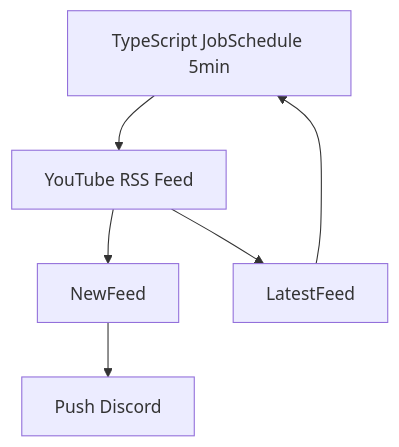
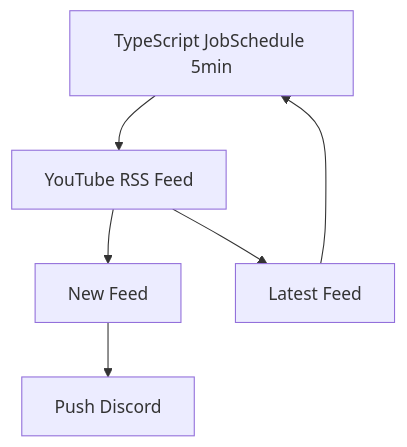
Before and after one commit to pb-Liz/CheckYoutubeFeed: the diagram in README.md, drawn with Mermaid. The commit also changed other lines of this file, not shown here.

````diff
--- a/README.md
+++ b/README.md
@@ -23,8 +23,8 @@
 ```mermaid
 graph TD
   YT[TypeScript JobSchedule 5min] --> Bot[YouTube RSS Feed]
   Bot --> NewFeed[NewFeed]
   Bot --> LatestFeed[LatestFeed]
-  NewFeed[NewFeed] --> Discord[Push Discord]
-  LatestFeed[LatestFeed] --> YT[TypeScript JobSchedule 5min]
+  NewFeed[New Feed] --> Discord[Push Discord]
+  LatestFeed[Latest Feed] --> YT[TypeScript JobSchedule 5min]
 ```
````
